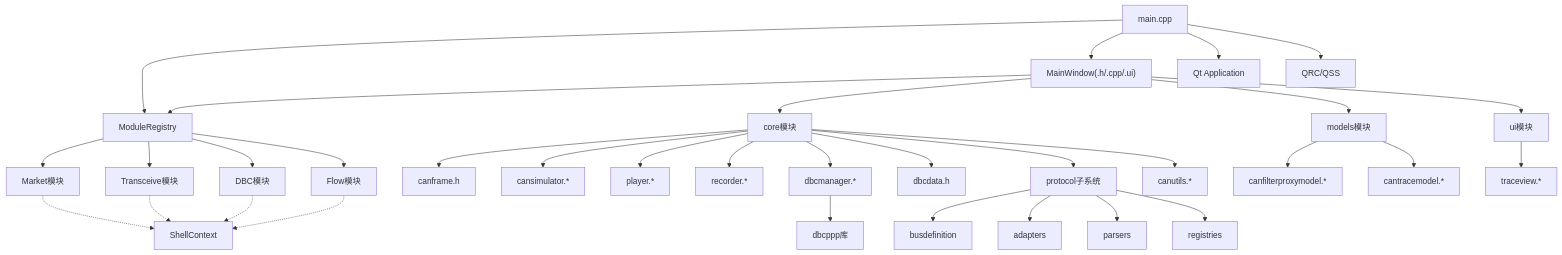
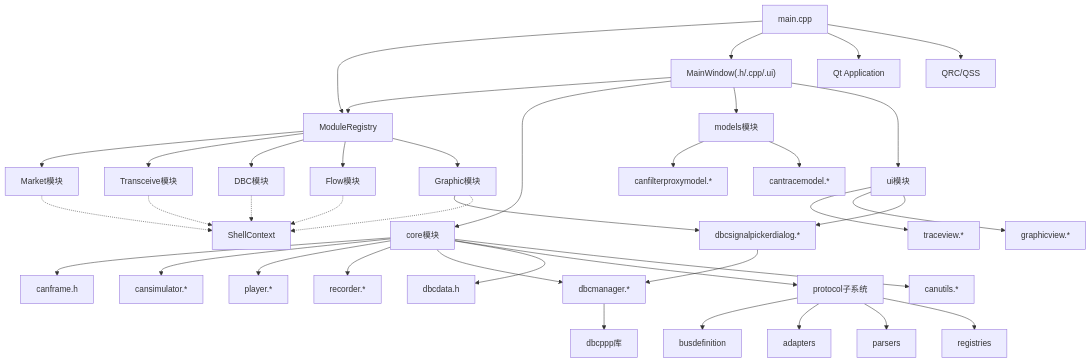
One commit to jakecai1225-design/OpenBus changed the eighth of 8 diagrams in .qoder/repowiki/zh/content/核心模块详解/核心模块详解.md. Above: the diagram before and after it, drawn with Mermaid. The commit also changed other lines of this file and 21 other files, not shown here.

````diff
--- a/.qoder/repowiki/zh/content/核心模块详解/核心模块详解.md
+++ b/.qoder/repowiki/zh/content/核心模块详解/核心模块详解.md
@@ -1026,35 +1133,41 @@
 ```mermaid
 graph TB
 Main["main.cpp"] --> Registry["ModuleRegistry"]
 Registry --> Market["Market模块"]
 Registry --> Transceive["Transceive模块"]
 Registry --> DBC["DBC模块"]
 Registry --> Flow["Flow模块"]
+Registry --> Graphic["Graphic模块"]
 Main --> Win["MainWindow(.h/.cpp/.ui)"]
 Win --> Registry
 Win --> Core["core模块"]
 Win --> Models["models模块"]
 Win --> UI["ui模块"]
 Core --> CanFrame["canframe.h"]
 Core --> Simulator["cansimulator.*"]
 Core --> Player["player.*"]
 Core --> Recorder["recorder.*"]
 Core --> DBCManager["dbcmanager.*"]
 Core --> DBCData["dbcdata.h"]
 Core --> Protocol["protocol子系统"]
 Models --> FilterModel["canfilterproxymodel.*"]
 Models --> TraceModel["cantracemodel.*"]
 UI --> TraceView["traceview.*"]
+UI --> GraphicView["graphicview.*"]
+UI --> SignalPicker["dbcsignalpickerdialog.*"]
 Core --> Utils["canutils.*"]
 DBCManager --> DBCPP["dbcppp库"]
 Protocol --> BusDef["busdefinition"]
 Protocol --> Adapters["adapters"]
 Protocol --> Parsers["parsers"]
 Protocol --> Registries["registries"]
+Graphic --> SignalPicker
+SignalPicker --> DBCManager
 Main --> QtA["Qt Application"]
 Main --> Res["QRC/QSS"]
 Market -.-> ShellCtx["ShellContext"]
 Transceive -.-> ShellCtx
 DBC -.-> ShellCtx
 Flow -.-> ShellCtx
+Graphic -.-> ShellCtx
 ```
````
